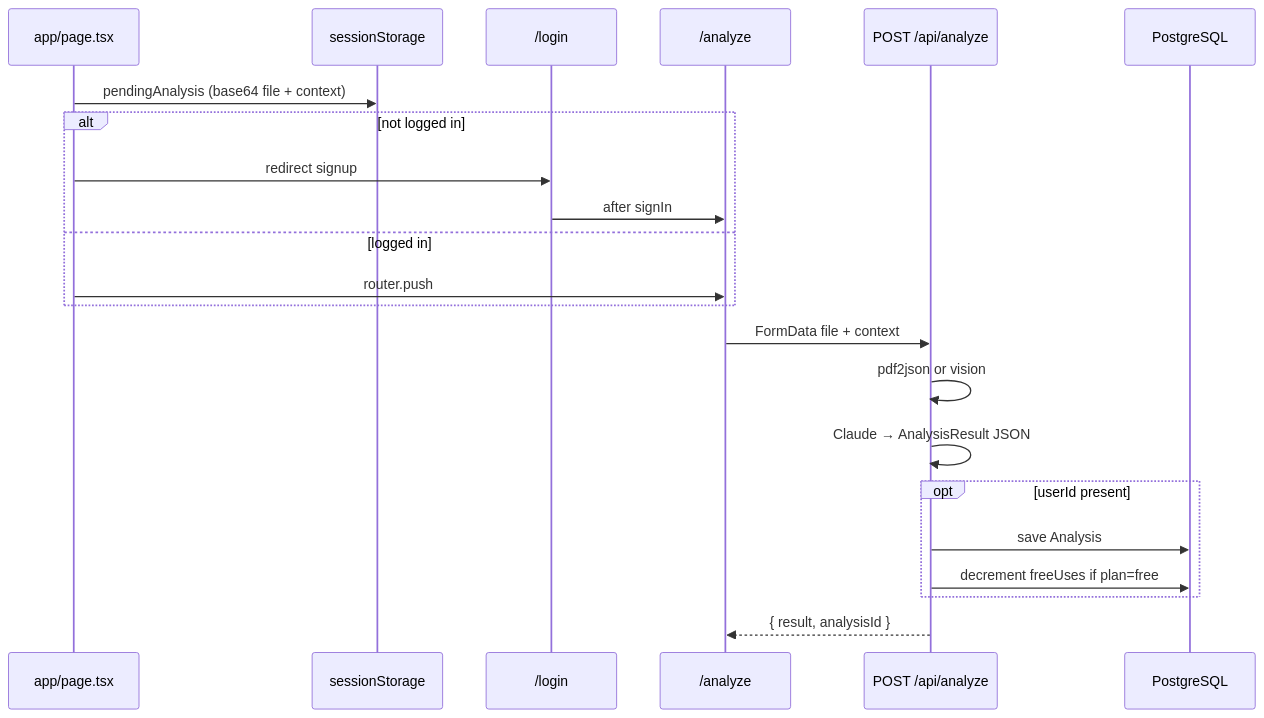
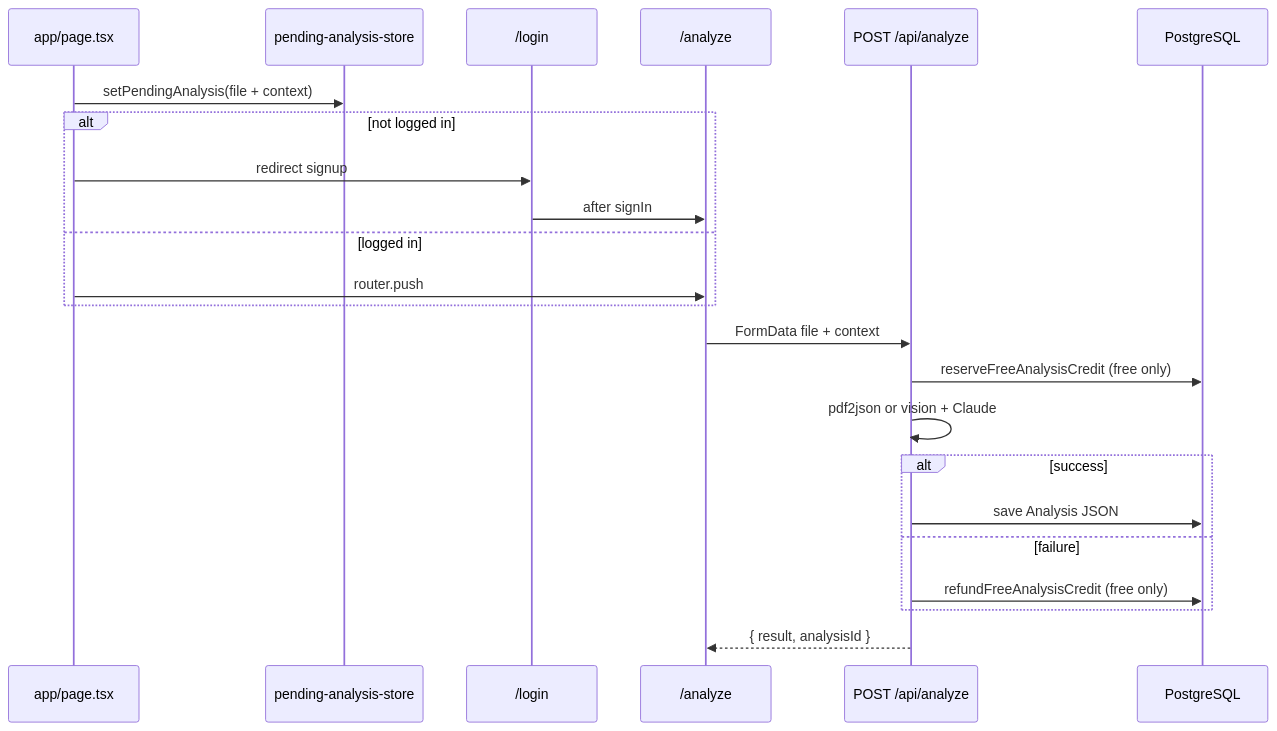
Before and after one commit to sahajpatel123/cleardoc: the diagram in CLAUDE.md, drawn with Mermaid. The commit also changed other lines of this file and 11 other files, not shown here.

````diff
--- a/CLAUDE.md
+++ b/CLAUDE.md
@@ -144,25 +154,26 @@
 ```mermaid
 sequenceDiagram
   participant Home as app/page.tsx
-  participant SS as sessionStorage
+  participant Store as pending-analysis-store
   participant Login as /login
   participant Analyze as /analyze
   participant API as POST /api/analyze
   participant DB as PostgreSQL
 
-  Home->>SS: pendingAnalysis (base64 file + context)
+  Home->>Store: setPendingAnalysis(file + context)
   alt not logged in
     Home->>Login: redirect signup
     Login->>Analyze: after signIn
   else logged in
     Home->>Analyze: router.push
   end
   Analyze->>API: FormData file + context
-  API->>API: pdf2json or vision
-  API->>API: Claude → AnalysisResult JSON
-  opt userId present
-    API->>DB: save Analysis
-    API->>DB: decrement freeUses if plan=free
+  API->>DB: reserveFreeAnalysisCredit (free only)
+  API->>API: pdf2json or vision + Claude
+  alt success
+    API->>DB: save Analysis JSON
+  else failure
+    API->>DB: refundFreeAnalysisCredit (free only)
   end
   API-->>Analyze: { result, analysisId }
 ```
````
